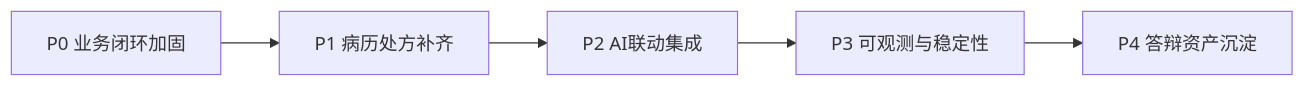
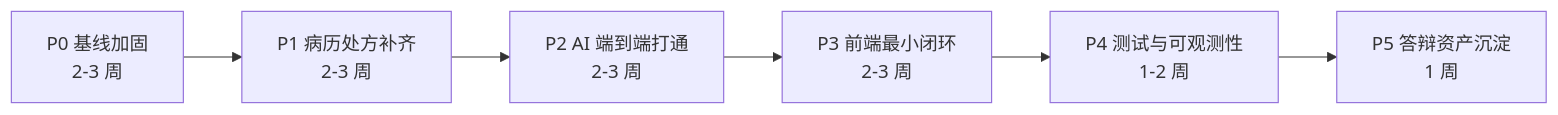
One commit to JianwenShaw/MediAskDocs changed the first of 2 diagrams in ROADMAP.md. Above: the diagram before and after it, drawn with Mermaid. The commit also changed other lines of this file and 12 other files, not shown here.

````diff
--- a/ROADMAP.md
+++ b/ROADMAP.md
@@ -35,7 +93,8 @@
 ```mermaid
 flowchart LR
-    A[P0 业务闭环加固] --> B[P1 病历处方补齐]
-    B --> C[P2 AI联动集成]
-    C --> D[P3 可观测与稳定性]
-    D --> E[P4 答辩资产沉淀]
+    P0[P0 基线加固<br/>2-3 周] --> P1[P1 病历处方补齐<br/>2-3 周]
+    P1 --> P2[P2 AI 端到端打通<br/>2-3 周]
+    P2 --> P3[P3 前端最小闭环<br/>2-3 周]
+    P3 --> P4[P4 测试与可观测性<br/>1-2 周]
+    P4 --> P5[P5 答辩资产沉淀<br/>1 周]
 ```
````
